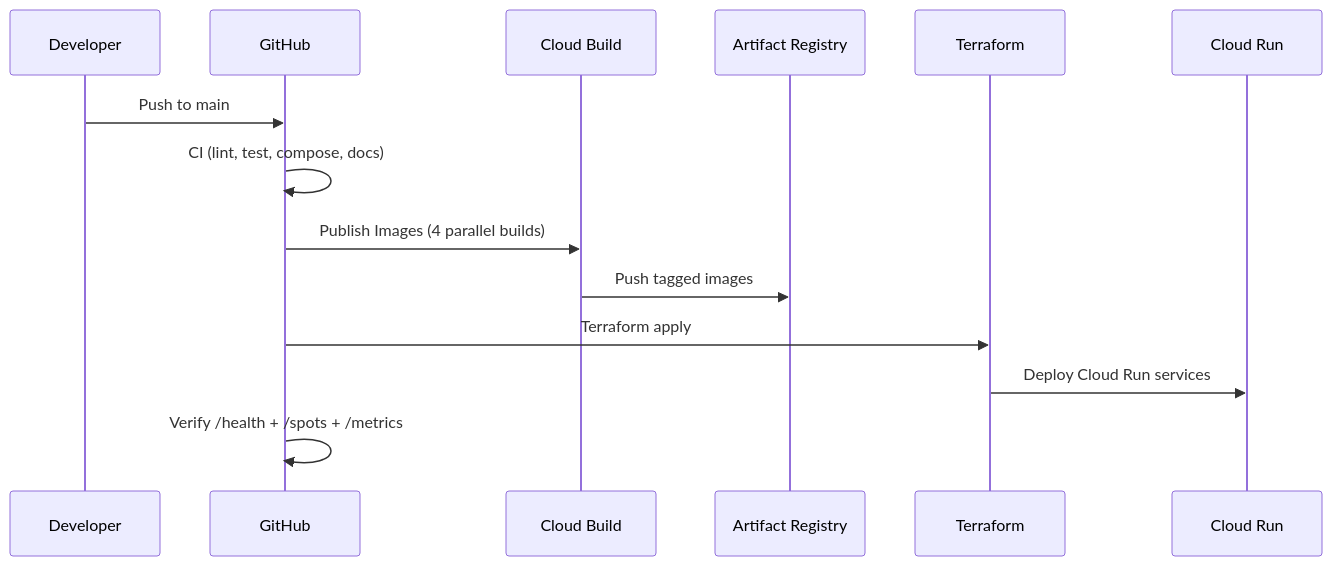
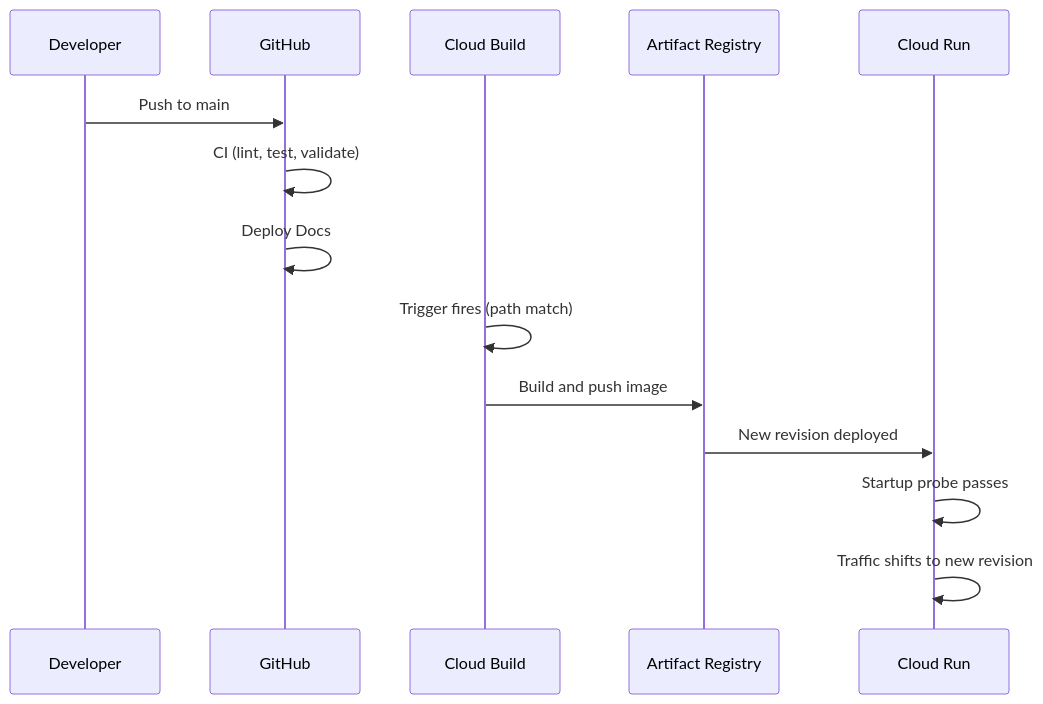
Before and after one commit to javihslu/foehncast: the second of 2 diagrams in docs/site/system/ci-cd.md, drawn with Mermaid. The commit also changed other lines of this file and 7 other files, not shown here.

First line of the commit message:
feat(infra): replace GHA publish with Cloud Build triggers and Cloud Run probes (#380)

````diff
--- a/docs/site/system/ci-cd.md
+++ b/docs/site/system/ci-cd.md
@@ -110,17 +117,17 @@
 ```mermaid
 sequenceDiagram
     participant Dev as Developer
     participant GH as GitHub
     participant CB as Cloud Build
     participant AR as Artifact Registry
-    participant TF as Terraform
     participant CR as Cloud Run
 
     Dev->>GH: Push to main
-    GH->>GH: CI (lint, test, compose, docs)
-    GH->>CB: Publish Images (4 parallel builds)
-    CB->>AR: Push tagged images
-    GH->>TF: Terraform apply
-    TF->>CR: Deploy Cloud Run services
-    GH->>GH: Verify /health + /spots + /metrics
+    GH->>GH: CI (lint, test, validate)
+    GH->>GH: Deploy Docs
+    CB->>CB: Trigger fires (path match)
+    CB->>AR: Build and push image
+    AR->>CR: New revision deployed
+    CR->>CR: Startup probe passes
+    CR->>CR: Traffic shifts to new revision
 ```
````
